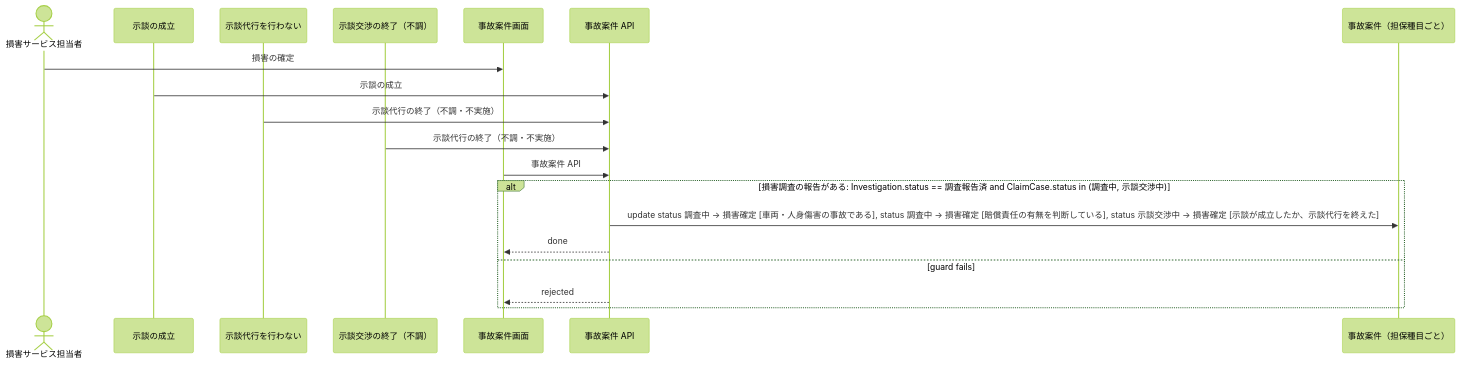
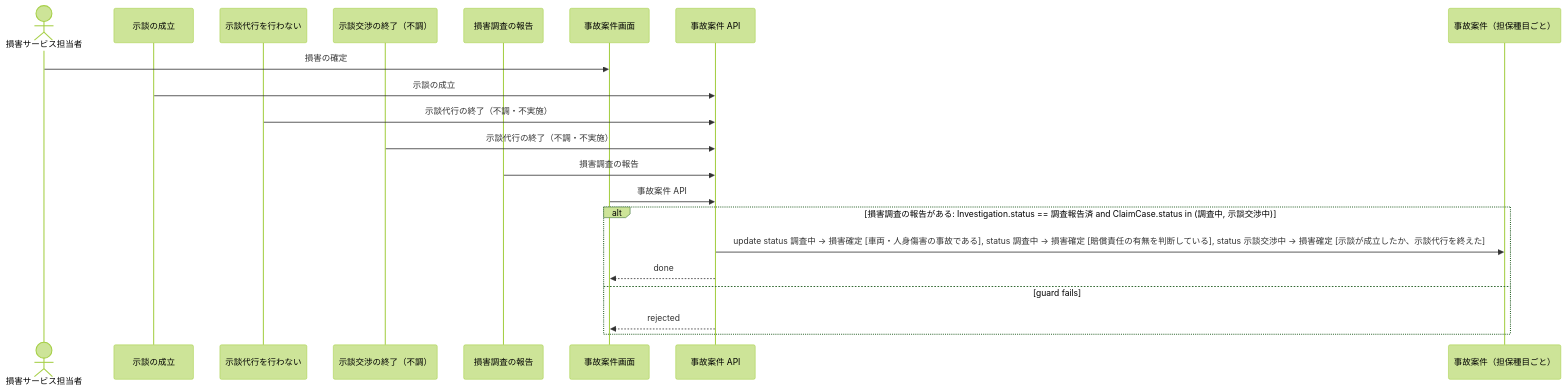
Before and after one commit to manji-0/rdra-ish-dsl: the diagram in samples/insurance-claim-ops/out/uc/sequence_AssessDamage.mmd, drawn with Mermaid (forest theme). The commit also changed 24 other files, not shown here.

```diff
--- a/samples/insurance-claim-ops/out/uc/sequence_AssessDamage.mmd
+++ b/samples/insurance-claim-ops/out/uc/sequence_AssessDamage.mmd
@@ -1,22 +1,24 @@
 %% rdra-ish diagram=sequence scope=usecase:AssessDamage model=samples/insurance-claim-ops
 %% kinds: actor usecase screen api entity
 %% omitted: buc step medium permission event condition
 sequenceDiagram
   actor actor__ClaimHandler as 損害サービス担当者
   participant usecase__AgreeSettlement as 示談の成立
   participant usecase__DeclineSettlementService as 示談代行を行わない
   participant usecase__EndNegotiationUnresolved as 示談交渉の終了（不調）
+  participant usecase__ReportSurvey as 損害調査の報告
   participant screen__CaseScreen as 事故案件画面
   participant api__CaseApi as 事故案件 API
   participant entity__ClaimCase as 事故案件（担保種目ごと）
   actor__ClaimHandler ->> screen__CaseScreen: 損害の確定
   usecase__AgreeSettlement ->> api__CaseApi: 示談の成立
   usecase__DeclineSettlementService ->> api__CaseApi: 示談代行の終了（不調・不実施）
   usecase__EndNegotiationUnresolved ->> api__CaseApi: 示談代行の終了（不調・不実施）
+  usecase__ReportSurvey ->> api__CaseApi: 損害調査の報告
   screen__CaseScreen ->> api__CaseApi: 事故案件 API
   alt 損害調査の報告がある: Investigation.status == 調査報告済 and ClaimCase.status in (調査中, 示談交渉中)
     api__CaseApi ->> entity__ClaimCase: update status 調査中 -> 損害確定 [車両・人身傷害の事故である], status 調査中 -> 損害確定 [賠償責任の有無を判断している], status 示談交渉中 -> 損害確定 [示談が成立したか、示談代行を終えた]
     api__CaseApi -->> screen__CaseScreen: done
   else guard fails
     api__CaseApi -->> screen__CaseScreen: rejected
   end
```
